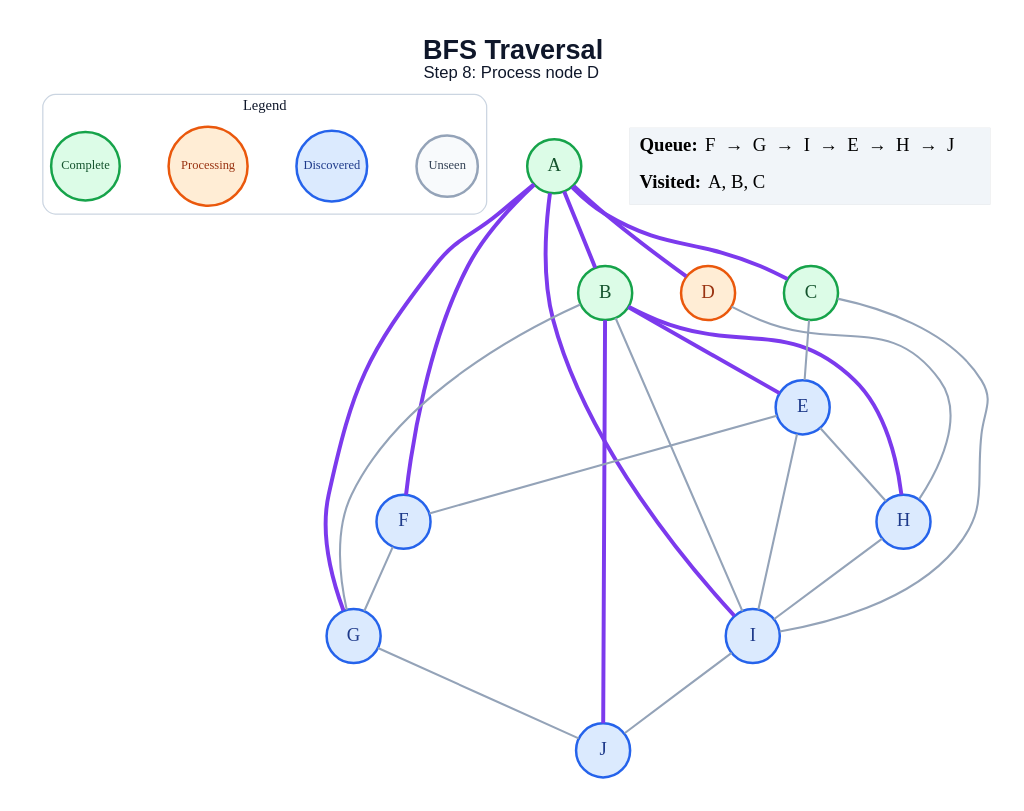
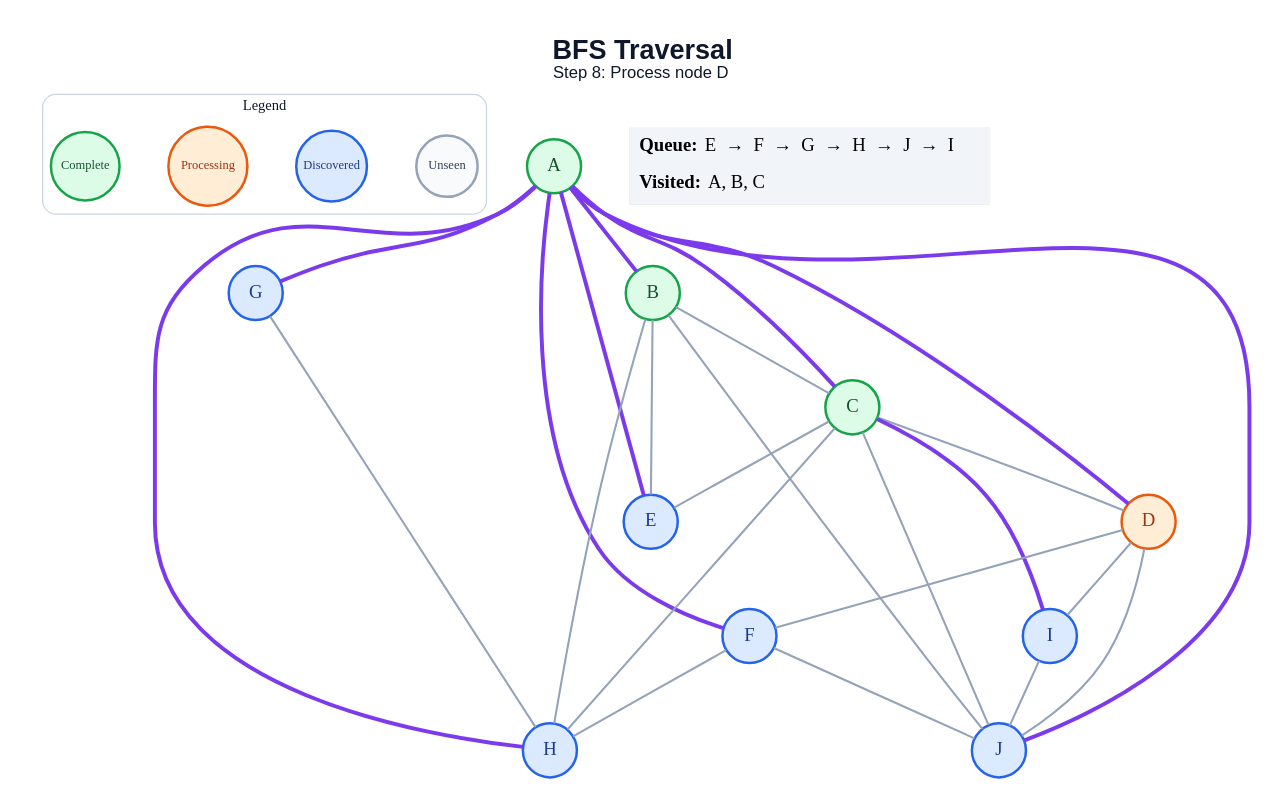
One commit to amanghodawala9/ai-slop changed the diagram in generated/bfs/step_08.dot. Above: the diagram before and after it, drawn with Graphviz. The commit also changed 178 other files, not shown here.

```diff
--- a/generated/bfs/step_08.dot
+++ b/generated/bfs/step_08.dot
@@ -1,50 +1,53 @@
 graph traversal {
   graph [layout=dot, rankdir=TB, bgcolor="#FFFFFF", pad="0.35", nodesep="0.65", ranksep="0.8", fontname="Arial"];
   node [shape=circle, style="filled", fontname="Arial Bold", fontsize=18, width=0.72, fixedsize=true, penwidth=2.4];
   edge [color="#94A3B8", penwidth=2.0];
   label=<<B>BFS Traversal</B><BR/><FONT POINT-SIZE="16">Step 8: Process node D</FONT>>; labelloc="t"; fontsize=26; fontname="Arial"; fontcolor="#0F172A";
   subgraph cluster_legend { label="Legend"; color="#CBD5E1"; penwidth=1.2; style="rounded"; fontsize=14; fontname="Arial Bold";
     key_unseen [label="Unseen", fillcolor="#F8FAFC", color="#94A3B8", fontcolor="#334155", fontsize=12, width=0.82];
     key_frontier [label="Discovered", fillcolor="#DBEAFE", color="#2563EB", fontcolor="#1E3A8A", fontsize=12, width=0.95];
     key_current [label="Processing", fillcolor="#FFEDD5", color="#EA580C", fontcolor="#9A3412", fontsize=12, width=1.05];
     key_done [label="Complete", fillcolor="#DCFCE7", color="#16A34A", fontcolor="#14532D", fontsize=12, width=0.92];
     { rank=same; key_unseen; key_frontier; key_current; key_done; }
   }
   A [fillcolor="#DCFCE7", color="#16A34A", fontcolor="#14532D"];
   B [fillcolor="#DCFCE7", color="#16A34A", fontcolor="#14532D"];
   C [fillcolor="#DCFCE7", color="#16A34A", fontcolor="#14532D"];
   D [fillcolor="#FFEDD5", color="#EA580C", fontcolor="#9A3412"];
   E [fillcolor="#DBEAFE", color="#2563EB", fontcolor="#1E3A8A"];
   F [fillcolor="#DBEAFE", color="#2563EB", fontcolor="#1E3A8A"];
   G [fillcolor="#DBEAFE", color="#2563EB", fontcolor="#1E3A8A"];
   H [fillcolor="#DBEAFE", color="#2563EB", fontcolor="#1E3A8A"];
   I [fillcolor="#DBEAFE", color="#2563EB", fontcolor="#1E3A8A"];
   J [fillcolor="#DBEAFE", color="#2563EB", fontcolor="#1E3A8A"];
   A -- B [color="#7C3AED", penwidth=3.8];
   A -- C [color="#7C3AED", penwidth=3.8];
   A -- D [color="#7C3AED", penwidth=3.8];
+  A -- E [color="#7C3AED", penwidth=3.8];
   A -- F [color="#7C3AED", penwidth=3.8];
   A -- G [color="#7C3AED", penwidth=3.8];
-  A -- I [color="#7C3AED", penwidth=3.8];
-  B -- E [color="#7C3AED", penwidth=3.8];
-  B -- G;
-  B -- H [color="#7C3AED", penwidth=3.8];
-  B -- I;
-  B -- J [color="#7C3AED", penwidth=3.8];
+  A -- H [color="#7C3AED", penwidth=3.8];
+  A -- J [color="#7C3AED", penwidth=3.8];
+  B -- C;
+  B -- E;
+  B -- H;
+  B -- J;
+  C -- D;
   C -- E;
-  C -- I;
-  D -- H;
-  E -- F;
-  E -- H;
-  E -- I;
-  F -- G;
-  G -- J;
-  H -- I;
+  C -- H;
+  C -- I [color="#7C3AED", penwidth=3.8];
+  C -- J;
+  D -- F;
+  D -- I;
+  D -- J;
+  F -- H;
+  F -- J;
+  G -- H;
   I -- J;
   status [shape=plain, fixedsize=false, width=0, height=0, margin=0, label=<
     <TABLE BORDER="0" CELLBORDER="0" CELLPADDING="7" BGCOLOR="#F1F5F9">
-      <TR><TD ALIGN="LEFT"><B>Queue:</B> F  →  G  →  I  →  E  →  H  →  J</TD></TR>
+      <TR><TD ALIGN="LEFT"><B>Queue:</B> E  →  F  →  G  →  H  →  J  →  I</TD></TR>
       <TR><TD ALIGN="LEFT"><B>Visited:</B> A, B, C</TD></TR>
     </TABLE>
   >];
 }
```
